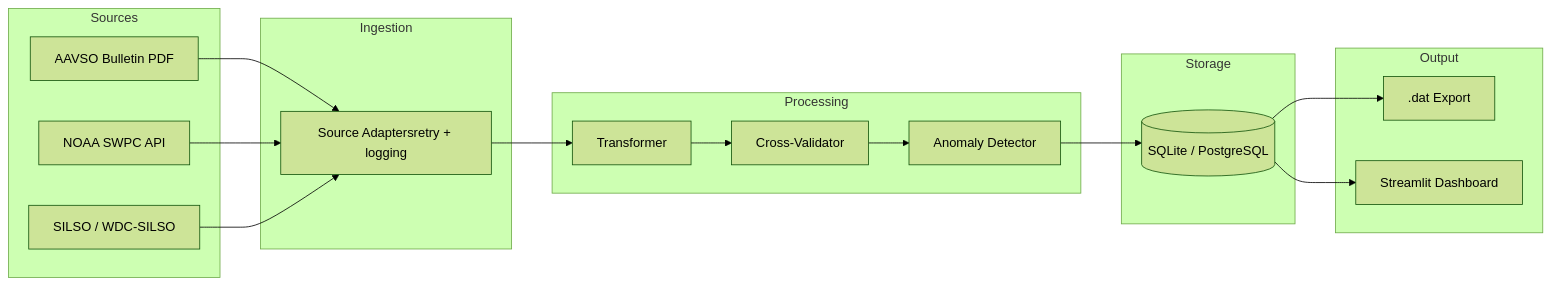
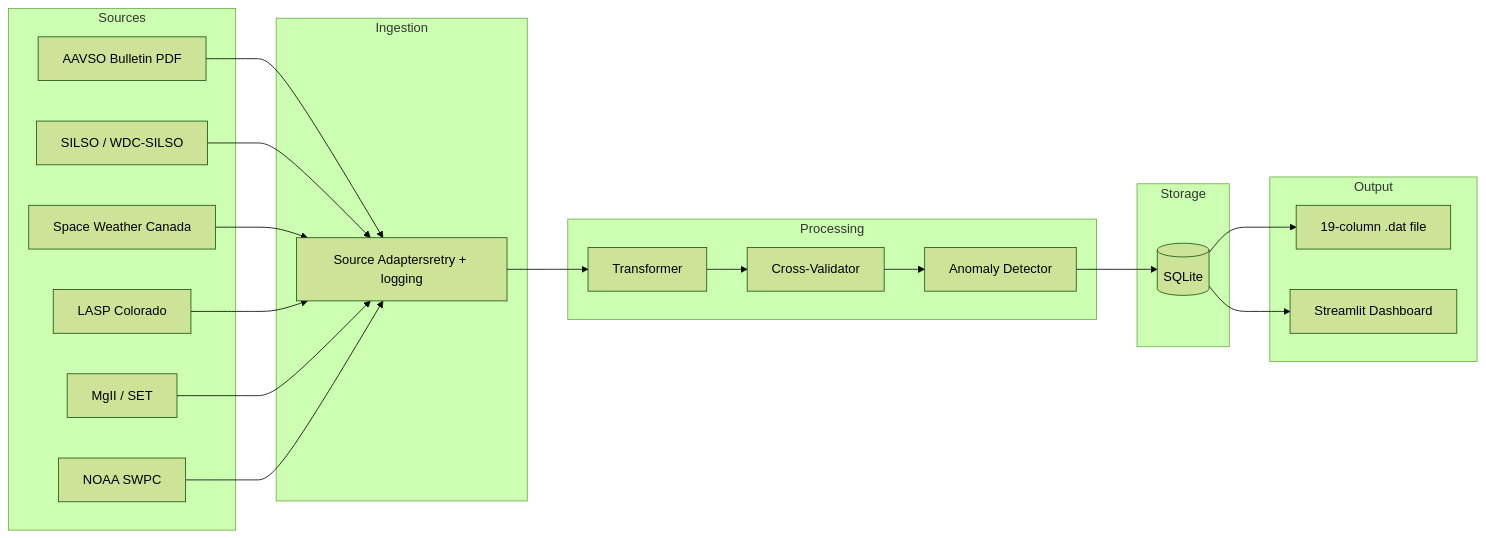
The diagram in README.md (HakuyuFujiwara/solar-activity-pipeline), drawn with Mermaid (forest theme) before and after one commit. The commit also changed other lines of this file, not shown here.

Commit message:
Complete README rewrite: 6 sources, run registry, HPC deployment, full 19-column format

````diff
--- a/README.md
+++ b/README.md
@@ -8,34 +10,40 @@
 ```mermaid
 flowchart LR
     subgraph Sources
         A[AAVSO Bulletin PDF]
-        B[NOAA SWPC API]
-        C[SILSO / WDC-SILSO]
+        B[SILSO / WDC-SILSO]
+        C[Space Weather Canada]
+        D[LASP Colorado]
+        E[MgII / SET]
+        F[NOAA SWPC]
     end
 
     subgraph Ingestion
-        D[Source Adaptersretry + logging]
+        G[Source Adaptersretry + logging]
     end
 
     subgraph Processing
-        E[Transformer]
-        F[Cross-Validator]
-        G[Anomaly Detector]
+        H[Transformer]
+        I[Cross-Validator]
+        J[Anomaly Detector]
     end
 
     subgraph Storage
-        H[(SQLite / PostgreSQL)]
+        K[(SQLite)]
     end
 
     subgraph Output
-        I[.dat Export]
-        J[Streamlit Dashboard]
+        L[19-column .dat file]
+        M[Streamlit Dashboard]
     end
 
-    A --> D
-    B --> D
-    C --> D
-    D --> E --> F --> G --> H
-    H --> I
-    H --> J
+    A --> G
+    B --> G
+    C --> G
+    D --> G
+    E --> G
+    F --> G
+    G --> H --> I --> J --> K
+    K --> L
+    K --> M
 ```
````
